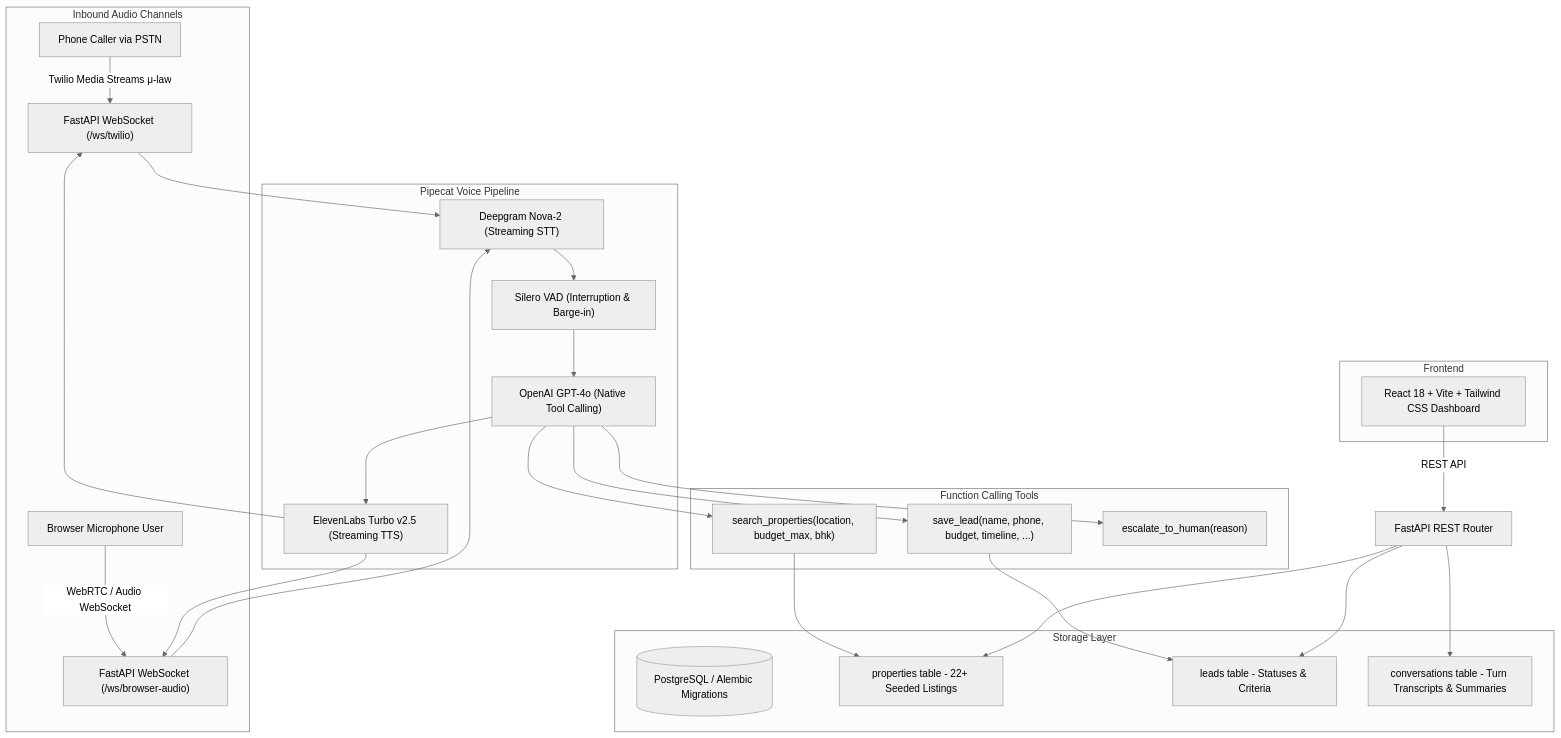
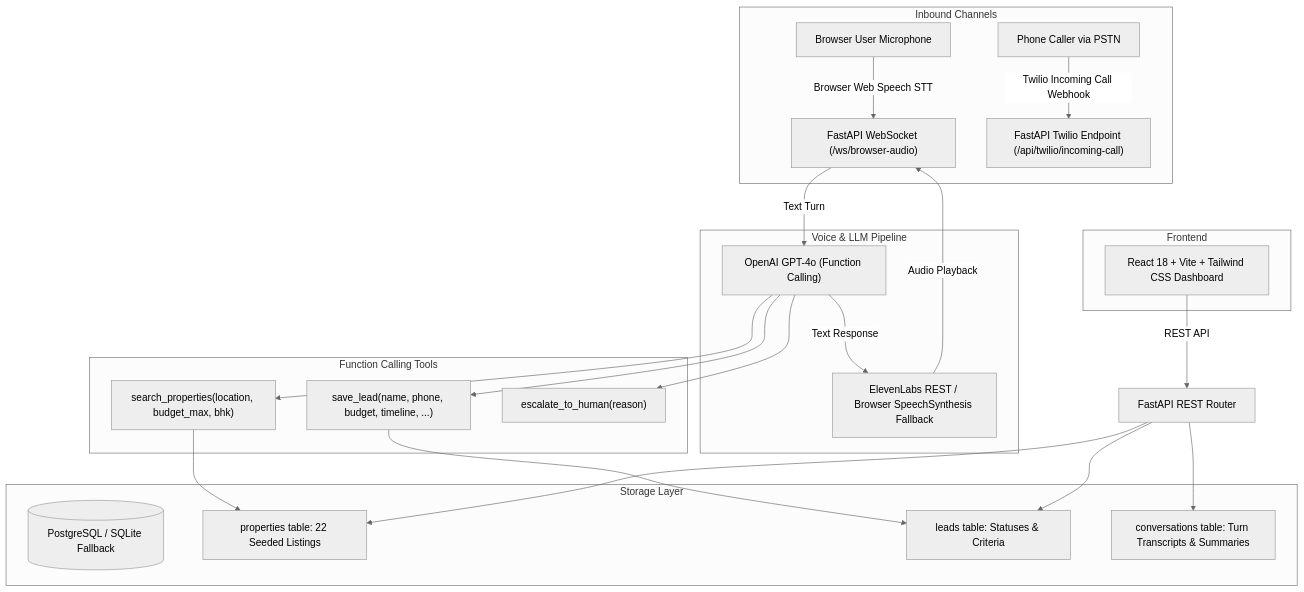
Before and after one commit to Shresth-11/EstateStream-AI: the diagram in README.md, drawn with Mermaid (neutral theme). The commit also changed other lines of this file and 22 other files, not shown here.

````diff
--- a/README.md
+++ b/README.md
@@ -10,46 +10,39 @@
 ```mermaid
 flowchart TD
-    subgraph Inbound Audio Channels
-        Phone[Phone Caller via PSTN] -->|Twilio Media Streams μ-law| TwilioWS["FastAPI WebSocket (/ws/twilio)"]
-        Browser[Browser Microphone User] -->|WebRTC / Audio WebSocket| BrowserWS["FastAPI WebSocket (/ws/browser-audio)"]
+    subgraph Inbound Channels
+        Browser[Browser User Microphone] -->|Browser Web Speech STT| BrowserWS["FastAPI WebSocket (/ws/browser-audio)"]
+        Phone[Phone Caller via PSTN] -->|Twilio Incoming Call Webhook| TwilioHook["FastAPI Twilio Endpoint (/api/twilio/incoming-call)"]
     end
 
-    subgraph Pipecat Voice Pipeline
-        STT["Deepgram Nova-2 (Streaming STT)"]
-        VAD["Silero VAD (Interruption & Barge-in)"]
-        LLM["OpenAI GPT-4o (Native Tool Calling)"]
-        TTS["ElevenLabs Turbo v2.5 (Streaming TTS)"]
+    subgraph Voice & LLM Pipeline
+        BrowserWS -->|Text Turn| LLM["OpenAI GPT-4o (Function Calling)"]
+        LLM -->|Text Response| TTS["ElevenLabs REST / Browser SpeechSynthesis Fallback"]
+        TTS -->|Audio Playback| BrowserWS
     end
 
     subgraph Function Calling Tools
         SearchTool["search_properties(location, budget_max, bhk)"]
         LeadTool["save_lead(name, phone, budget, timeline, ...)"]
         EscalateTool["escalate_to_human(reason)"]
     end
 
     subgraph Storage Layer
-        DB[(PostgreSQL / Alembic Migrations)]
-        PropsTable[properties table - 22+ Seeded Listings]
-        LeadsTable[leads table - Statuses & Criteria]
-        ConvsTable[conversations table - Turn Transcripts & Summaries]
+        DB[(PostgreSQL / SQLite Fallback)]
+        PropsTable[properties table: 22 Seeded Listings]
+        LeadsTable[leads table: Statuses & Criteria]
+        ConvsTable[conversations table: Turn Transcripts & Summaries]
     end
 
     subgraph Frontend
         Dashboard["React 18 + Vite + Tailwind CSS Dashboard"]
     end
 
-    TwilioWS --> STT
-    BrowserWS --> STT
-    STT --> VAD --> LLM
     LLM --> SearchTool --> PropsTable
     LLM --> LeadTool --> LeadsTable
     LLM --> EscalateTool
-    LLM --> TTS
-    TTS --> TwilioWS
-    TTS --> BrowserWS
 
     Dashboard -->|REST API| FastAPIApp[FastAPI REST Router]
     FastAPIApp --> LeadsTable
     FastAPIApp --> ConvsTable
     FastAPIApp --> PropsTable
 ```
````
